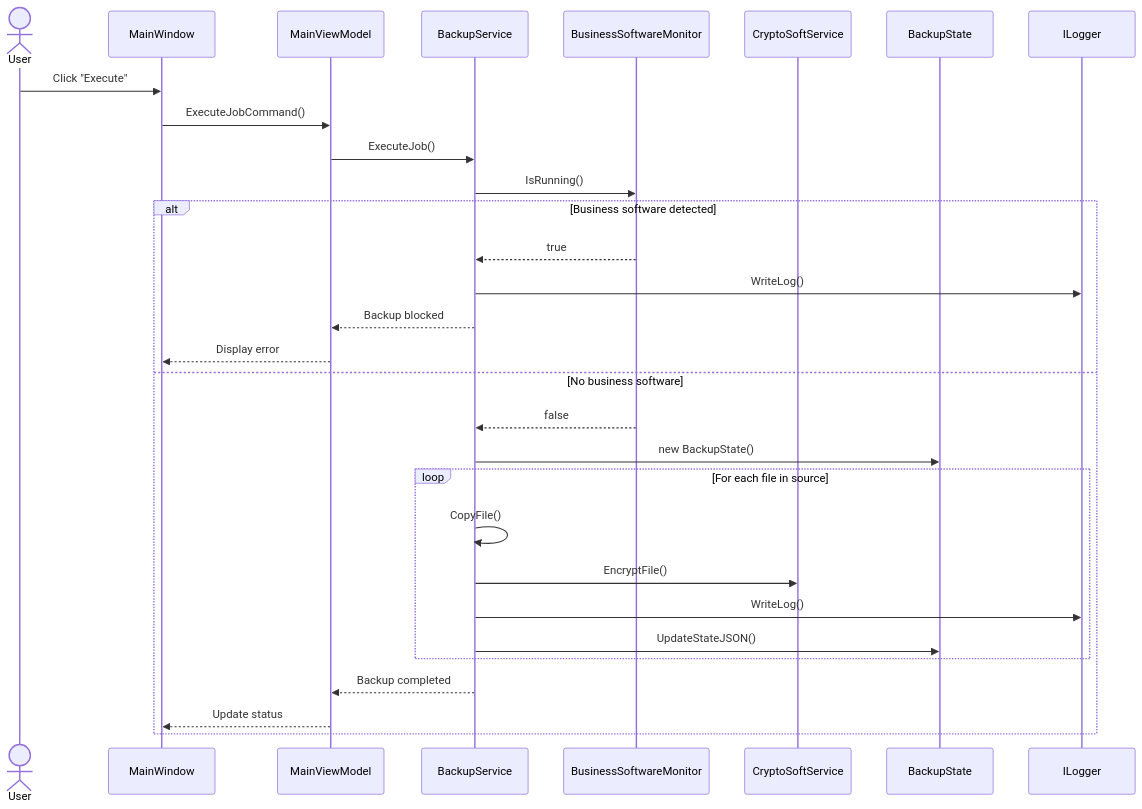
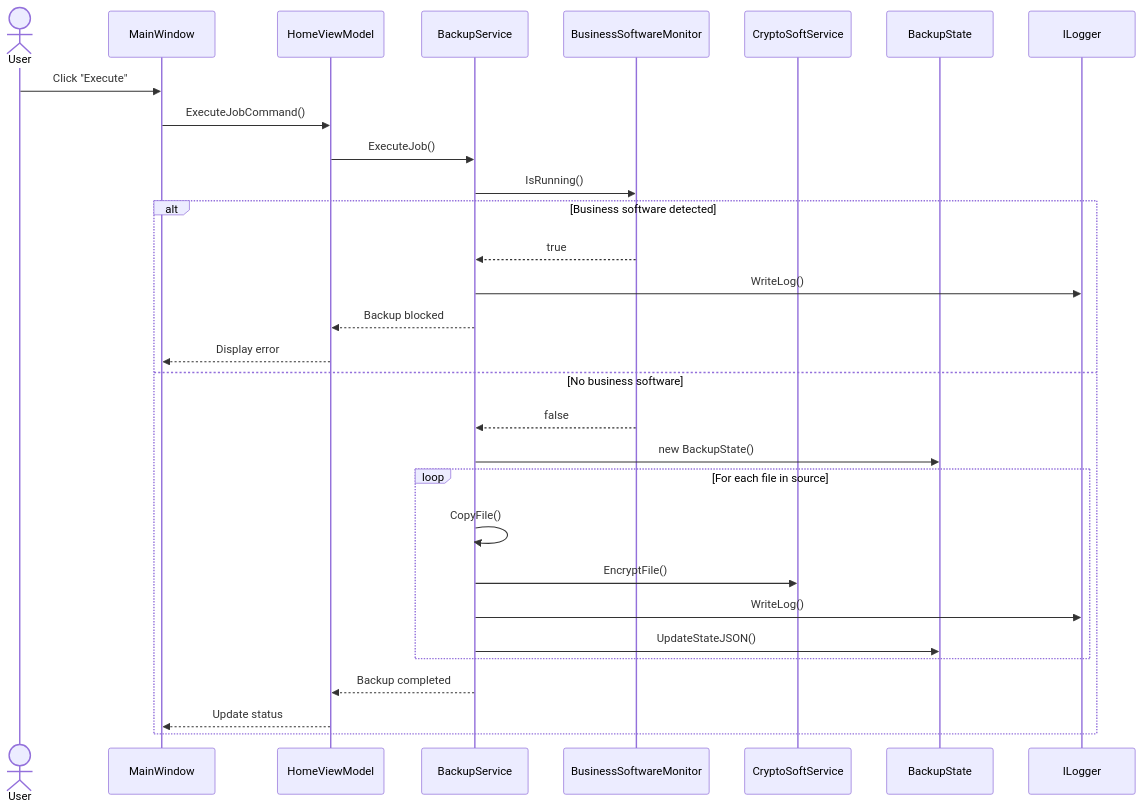
One commit to Groupe1-Prosoft/EasySave changed the fourth of 8 diagrams in Diagrams/UML.md. Above: the diagram before and after it, drawn with Mermaid. The commit also changed other lines of this file, not shown here.

Commit message:
Corrections of use case, class diagram and sequential diagram with the Alexandre Feddback on deliveable2

````diff
--- a/Diagrams/UML.md
+++ b/Diagrams/UML.md
@@ -268,37 +262,37 @@
 ```mermaid
 sequenceDiagram
     actor User
     participant MainWindow
-    participant MainViewModel
+    participant HomeViewModel
     participant BackupService
     participant BusinessSoftwareMonitor
     participant CryptoSoftService
     participant BackupState
     participant ILogger
 
     User->>MainWindow: Click "Execute"
-    MainWindow->>MainViewModel: ExecuteJobCommand()
-    MainViewModel->>BackupService: ExecuteJob()
+    MainWindow->>HomeViewModel: ExecuteJobCommand()
+    HomeViewModel->>BackupService: ExecuteJob()
 
     BackupService->>BusinessSoftwareMonitor: IsRunning()
 
     alt Business software detected
         BusinessSoftwareMonitor-->>BackupService: true
         BackupService->>ILogger: WriteLog()
-        BackupService-->>MainViewModel: Backup blocked
-        MainViewModel-->>MainWindow: Display error
+        BackupService-->>HomeViewModel: Backup blocked
+        HomeViewModel-->>MainWindow: Display error
     else No business software
         BusinessSoftwareMonitor-->>BackupService: false
         BackupService->>BackupState: new BackupState()
 
         loop For each file in source
             BackupService->>BackupService: CopyFile()
             BackupService->>CryptoSoftService: EncryptFile()
             BackupService->>ILogger: WriteLog()
             BackupService->>BackupState: UpdateStateJSON()
         end
 
-        BackupService-->>MainViewModel: Backup completed
-        MainViewModel-->>MainWindow: Update status
+        BackupService-->>HomeViewModel: Backup completed
+        HomeViewModel-->>MainWindow: Update status
     end
 ```
````
